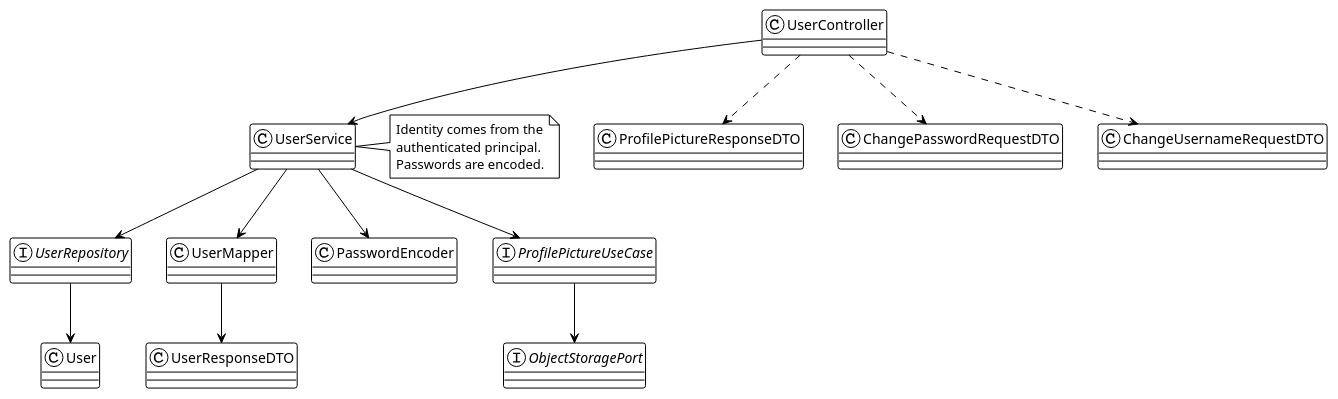
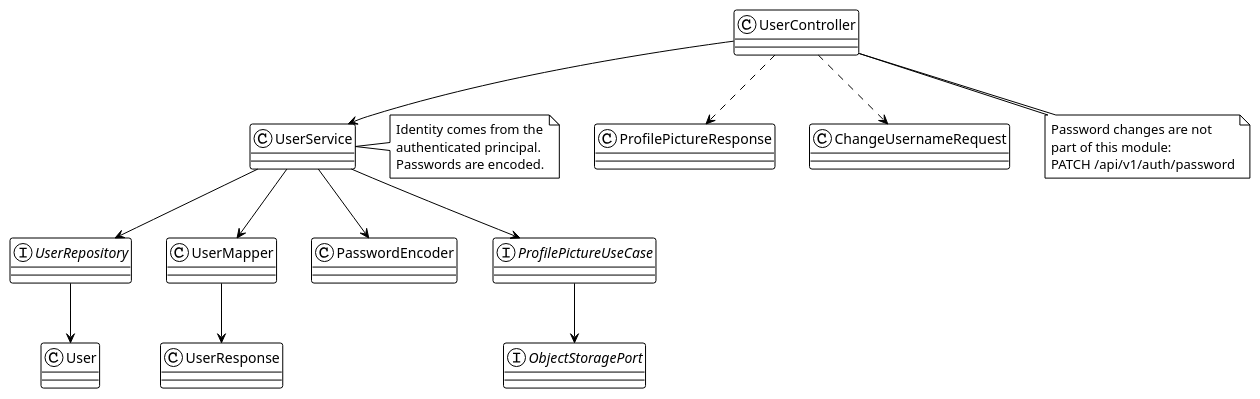
One commit to genesshoan/fitness-tracker-api changed the diagram in docs/user/user-architecture.puml. Above: the diagram before and after it, drawn with PlantUML. The commit also changed 26 other files, not shown here.

First line of the commit message:
docs: sync api and architecture documentation with the implementation

```diff
--- a/docs/user/user-architecture.puml
+++ b/docs/user/user-architecture.puml
@@ -1,34 +1,37 @@
 @startuml
 !theme plain
-
 class UserController
 class UserService
 interface UserRepository
 class UserMapper
 class User
-class UserResponseDTO
-class ProfilePictureResponseDTO
-class ChangePasswordRequestDTO
-class ChangeUsernameRequestDTO
+class UserResponse
+class ProfilePictureResponse
+class ChangeUsernameRequest
 class PasswordEncoder
 interface ProfilePictureUseCase
 interface ObjectStoragePort
 
 UserController --> UserService
 UserService --> UserRepository
 UserService --> UserMapper
 UserService --> PasswordEncoder
 UserService --> ProfilePictureUseCase
 ProfilePictureUseCase --> ObjectStoragePort
 UserRepository --> User
-UserMapper --> UserResponseDTO
-UserController ..> ProfilePictureResponseDTO
-UserController ..> ChangePasswordRequestDTO
-UserController ..> ChangeUsernameRequestDTO
+UserMapper --> UserResponse
+UserController ..> ProfilePictureResponse
+UserController ..> ChangeUsernameRequest
 
 note right of UserService
   Identity comes from the
   authenticated principal.
   Passwords are encoded.
 end note
+
+note bottom of UserController
+  Password changes are not
+  part of this module:
+  PATCH /api/v1/auth/password
+end note
 @enduml
```
